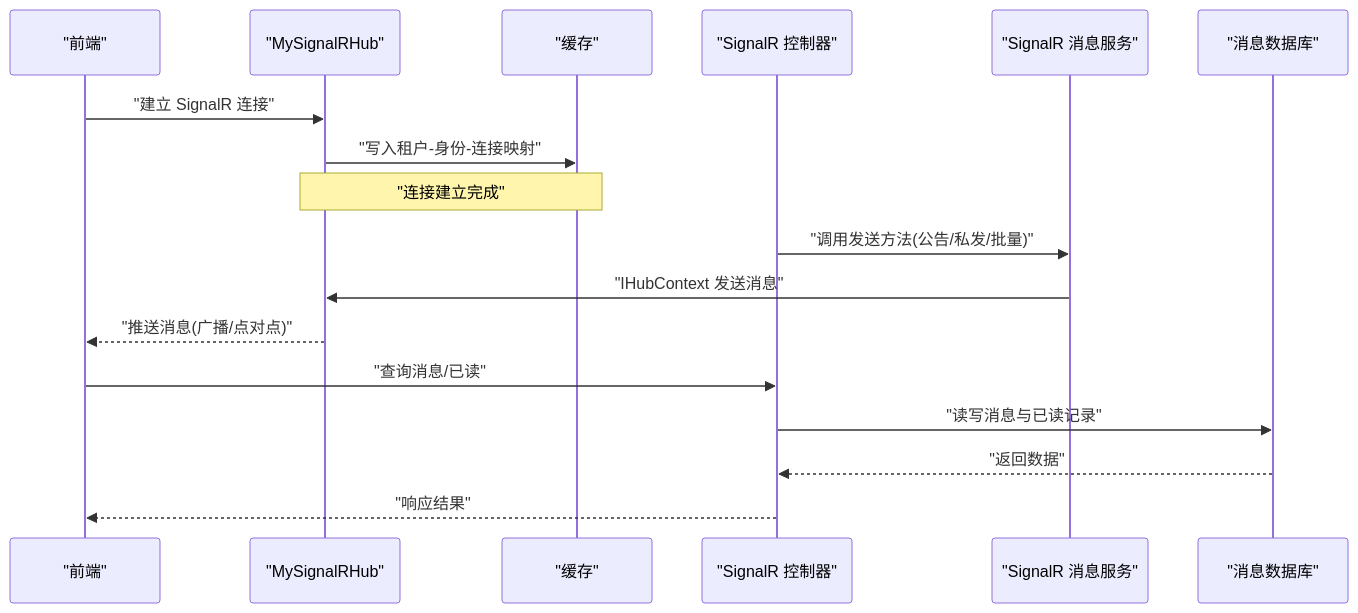
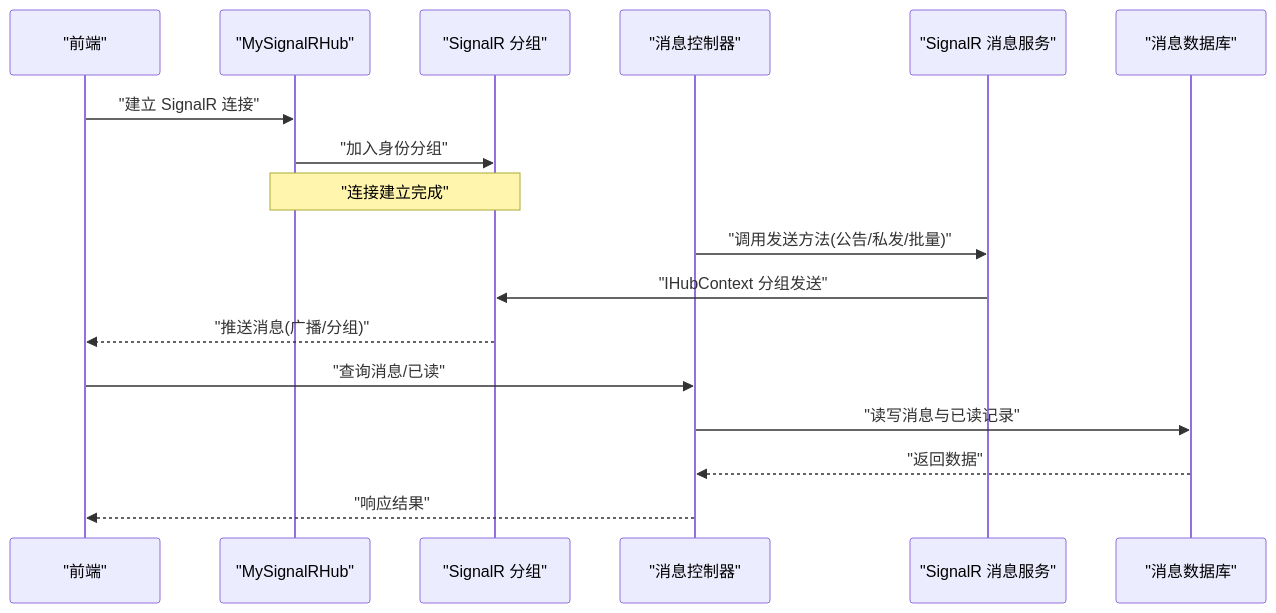
Before and after one commit to junkai-li/NetCoreKevin: the second of 5 diagrams in .qoder/repowiki/zh/content/核心模块/消息系统/实时消息推送.md, drawn with Mermaid. The commit also changed other lines of this file and 40 other files, not shown here.

````diff
--- a/.qoder/repowiki/zh/content/核心模块/消息系统/实时消息推送.md
+++ b/.qoder/repowiki/zh/content/核心模块/消息系统/实时消息推送.md
@@ -116,19 +124,19 @@
 ```mermaid
 sequenceDiagram
 participant FE as "前端"
 participant HUB as "MySignalRHub"
-participant CACHE as "缓存"
-participant CTRL as "SignalR 控制器"
+participant GROUPS as "SignalR 分组"
+participant CTRL as "消息控制器"
 participant SVC as "SignalR 消息服务"
 participant DB as "消息数据库"
 FE->>HUB : "建立 SignalR 连接"
-HUB->>CACHE : "写入租户-身份-连接映射"
-Note over HUB,CACHE : "连接建立完成"
+HUB->>GROUPS : "加入身份分组"
+Note over HUB,GROUPS : "连接建立完成"
 CTRL->>SVC : "调用发送方法(公告/私发/批量)"
-SVC->>HUB : "IHubContext 发送消息"
-HUB-->>FE : "推送消息(广播/点对点)"
+SVC->>GROUPS : "IHubContext 分组发送"
+GROUPS-->>FE : "推送消息(广播/分组)"
 FE->>CTRL : "查询消息/已读"
 CTRL->>DB : "读写消息与已读记录"
 DB-->>CTRL : "返回数据"
 CTRL-->>FE : "响应结果"
 ```
````
